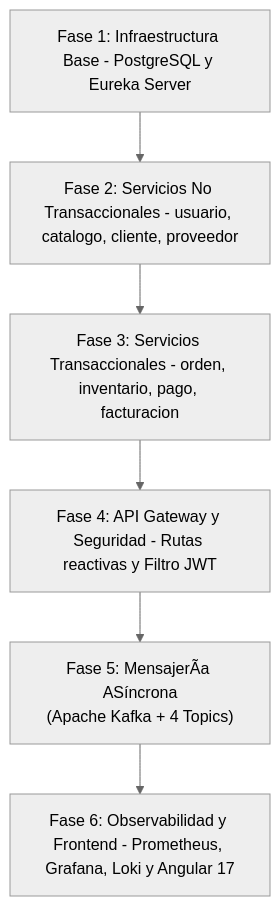
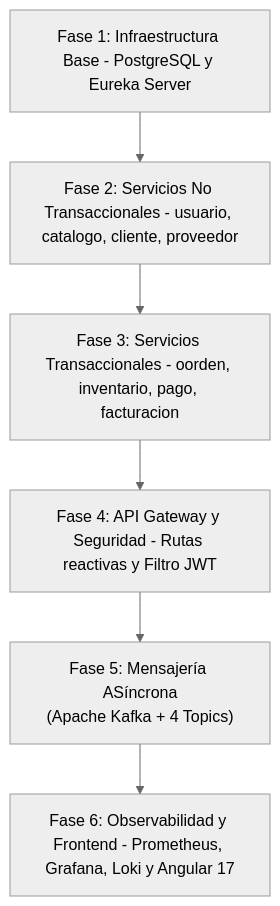
The diagram in docs/proyecto-sello/guia-construccion-paso-a-paso.md (rbn-69-cod/MediZano_microservicios), drawn with Mermaid (neutral theme) before and after one commit. The commit also changed other lines of this file and 19 other files, not shown here.

````diff
--- a/docs/proyecto-sello/guia-construccion-paso-a-paso.md
+++ b/docs/proyecto-sello/guia-construccion-paso-a-paso.md
@@ -22,8 +22,8 @@
 ```mermaid
 flowchart TD
     F1["Fase 1: Infraestructura Base - PostgreSQL y Eureka Server"] --> F2["Fase 2: Servicios No Transaccionales - usuario, catalogo, cliente, proveedor"]
-    F2 --> F3["Fase 3: Servicios Transaccionales - orden, inventario, pago, facturacion"]
+    F2 --> F3["Fase 3: Servicios Transaccionales - oorden, inventario, pago, facturacion"]
     F3 --> F4["Fase 4: API Gateway y Seguridad - Rutas reactivas y Filtro JWT"]
-    F4 --> F5["Fase 5: MensajerÃ­a ASíncrona\n(Apache Kafka + 4 Topics)"]
+    F4 --> F5["Fase 5: Mensajería ASíncrona\n(Apache Kafka + 4 Topics)"]
     F5 --> F6["Fase 6: Observabilidad y Frontend - Prometheus, Grafana, Loki y Angular 17"]
 ```
````
